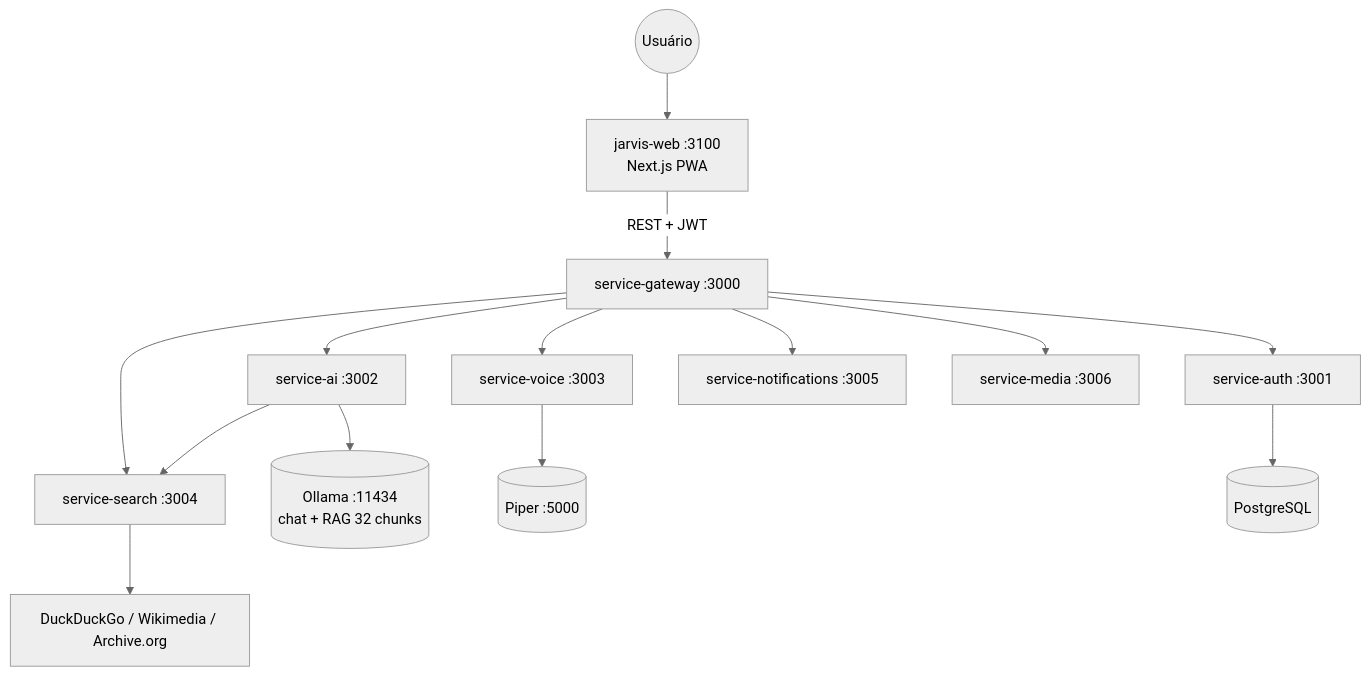
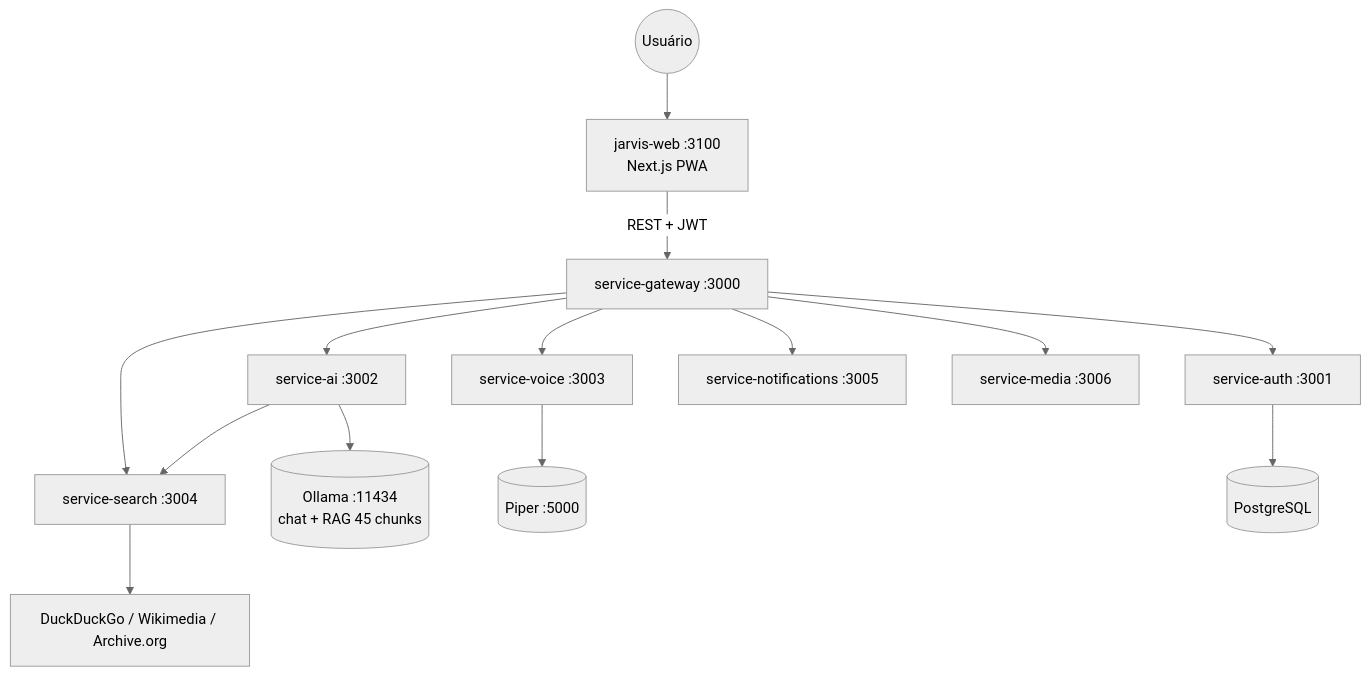
The diagram in README.md (FranciscoStanley/MyJarvis), drawn with Mermaid (neutral theme) before and after one commit. The commit also changed other lines of this file and 9 other files, not shown here.

Commit message:
docs: alinha documentacao com aprendizado, peer AIs e RAG 45 chunks

````diff
--- a/README.md
+++ b/README.md
@@ -25,19 +25,19 @@
 ```mermaid
 flowchart TB
     USER((Usuário)) --> WEB[jarvis-web :3100<br/>Next.js PWA]
 
     WEB -->|REST + JWT| GW[service-gateway :3000]
 
     GW --> AUTH[service-auth :3001]
     GW --> AI[service-ai :3002]
     GW --> VOICE[service-voice :3003]
     GW --> SEARCH[service-search :3004]
     GW --> NOTIF[service-notifications :3005]
     GW --> MEDIA[service-media :3006]
 
-    AI --> OLLAMA[(Ollama :11434<br/>chat + RAG 32 chunks)]
+    AI --> OLLAMA[(Ollama :11434<br/>chat + RAG 45 chunks)]
     AI --> SEARCH
     VOICE --> PIPER[(Piper :5000)]
     SEARCH --> DDG[DuckDuckGo / Wikimedia / Archive.org]
     AUTH --> PG[(PostgreSQL)]
 ```
````
